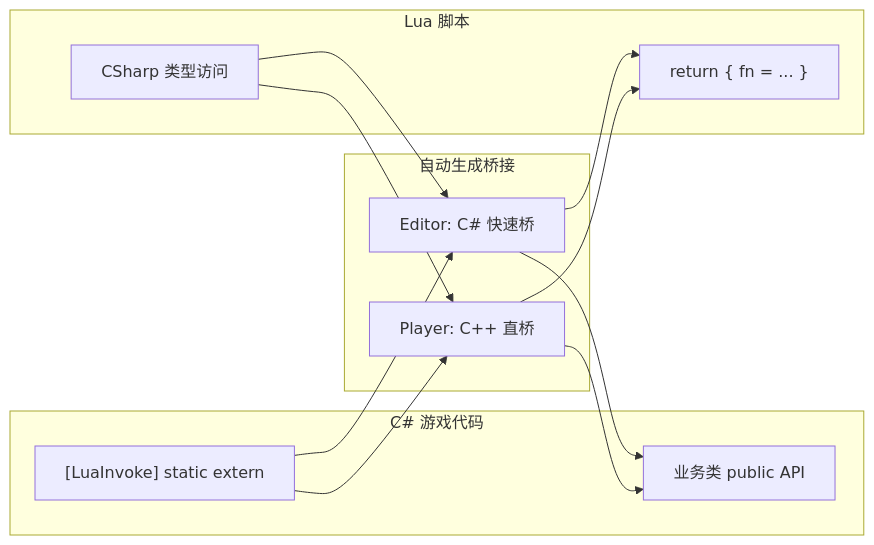
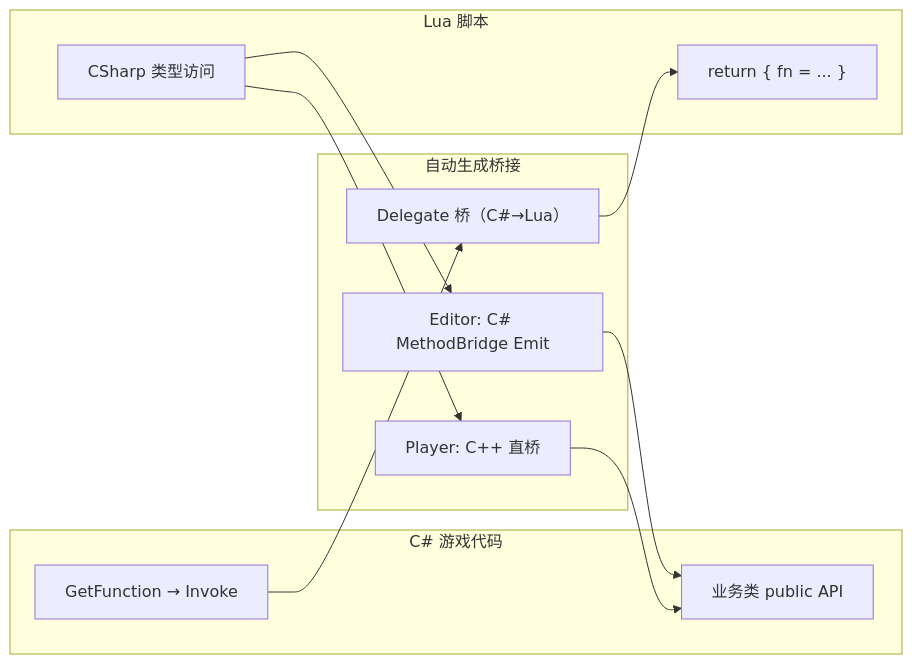
The first of 2 diagrams in docs/concepts/design-overview.md (focus-creative-games/zlua-doc), drawn with Mermaid before and after one commit. The commit also changed other lines of this file and 48 other files, not shown here.

Commit message:
doc: remove `LuaInvoke`

````diff
--- a/docs/concepts/design-overview.md
+++ b/docs/concepts/design-overview.md
@@ -23,26 +23,25 @@
 ```mermaid
 flowchart LR
     subgraph CSharp["C# 游戏代码"]
-        LI["[LuaInvoke] static extern"]
+        GF["GetFunction → Invoke"]
         APP["业务类 public API"]
     end
 
     subgraph Bridge["自动生成桥接"]
-        MonoB["Editor: C# 快速桥"]
+        MonoB["Editor: C# MethodBridge Emit"]
         Il2B["Player: C++ 直桥"]
+        DelB["Delegate 桥（C#→Lua）"]
     end
 
     subgraph Lua["Lua 脚本"]
         MOD["return { fn = ... }"]
         CS["CSharp 类型访问"]
     end
 
-    LI --> MonoB
-    LI --> Il2B
-    MonoB --> MOD
-    Il2B --> MOD
+    GF --> DelB
+    DelB --> MOD
     CS --> MonoB
     CS --> Il2B
     MonoB --> APP
     Il2B --> APP
 ```
````
